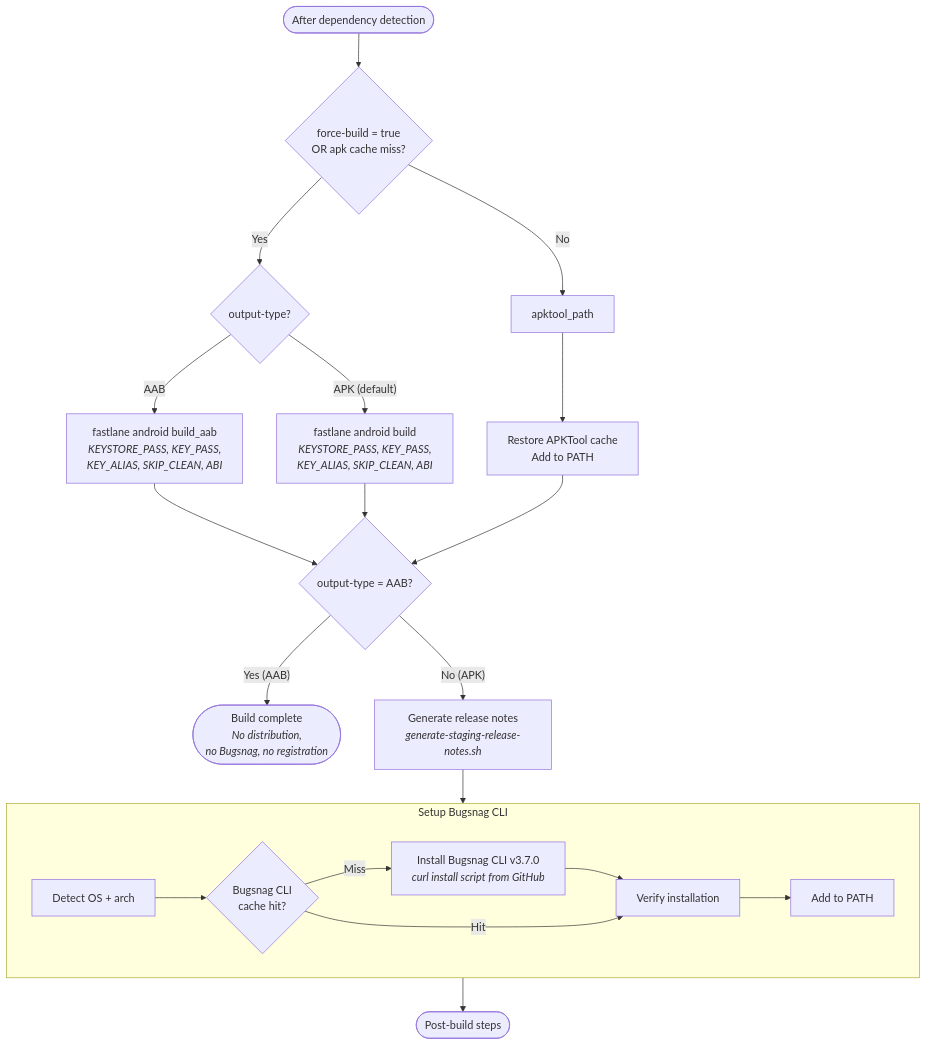
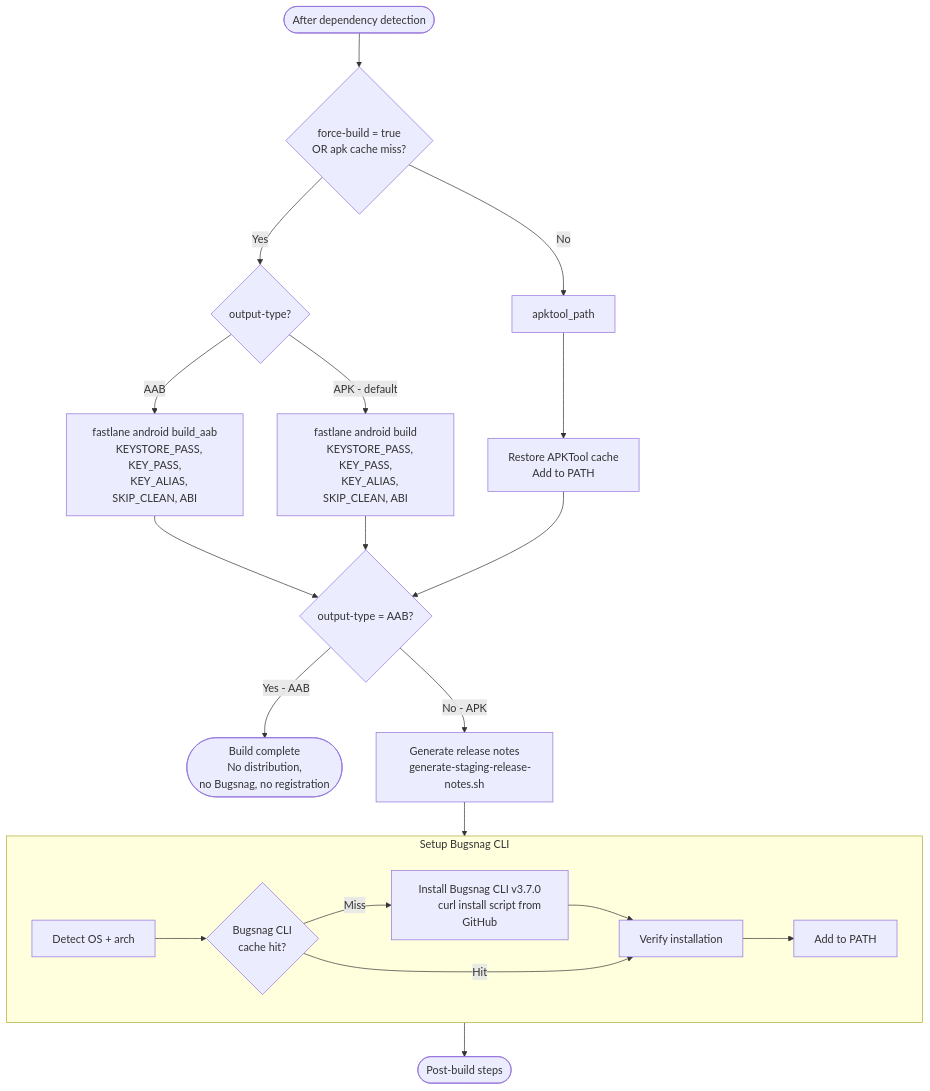
One commit to AtB-AS/mittatb-app changed the third of 6 diagrams in docs/android-build-staging-graph.md. Above: the diagram before and after it, drawn with Mermaid. The commit also changed other lines of this file, not shown here.

Commit message:
update docs android

````diff
--- a/docs/android-build-staging-graph.md
+++ b/docs/android-build-staging-graph.md
@@ -114,40 +153,51 @@
 ```mermaid
 flowchart TD
-    dep_changes([After dependency detection])
+    dep_changes(["After dependency detection"])
 
-    dep_changes --> should_build{force-build = true<br/>OR apk cache miss?}
+    dep_changes --> should_build{"force-build = true
+    OR apk cache miss?"}
 
-    should_build -- Yes --> build_type{output-type?}
+    should_build -- Yes --> build_type{"output-type?"}
     should_build -- No --> apktool_path
 
-    build_type -- AAB --> build_aab[fastlane android build_aab<br/><i>KEYSTORE_PASS, KEY_PASS,<br/>KEY_ALIAS, SKIP_CLEAN, ABI</i>]
-    build_type -- "APK (default)" --> build_apk[fastlane android build<br/><i>KEYSTORE_PASS, KEY_PASS,<br/>KEY_ALIAS, SKIP_CLEAN, ABI</i>]
+    build_type -- AAB --> build_aab["fastlane android build_aab
+    KEYSTORE_PASS, KEY_PASS,
+    KEY_ALIAS, SKIP_CLEAN, ABI"]
+    build_type -- "APK - default" --> build_apk["fastlane android build
+    KEYSTORE_PASS, KEY_PASS,
+    KEY_ALIAS, SKIP_CLEAN, ABI"]
 
-    build_aab --> aab_check{output-type = AAB?}
+    build_aab --> aab_check{"output-type = AAB?"}
     build_apk --> aab_check
 
-    apktool_path --> restore_apktool[Restore APKTool cache<br/>Add to PATH]
+    apktool_path --> restore_apktool["Restore APKTool cache
+    Add to PATH"]
     restore_apktool --> aab_check
 
-    aab_check -- "Yes (AAB)" --> aab_done([Build complete<br/><i>No distribution,<br/>no Bugsnag, no registration</i>])
-    aab_check -- "No (APK)" --> release_notes
+    aab_check -- "Yes - AAB" --> aab_done(["Build complete
+    No distribution,
+    no Bugsnag, no registration"])
+    aab_check -- "No - APK" --> release_notes
 
-    release_notes[Generate release notes<br/><i>generate-staging-release-notes.sh</i>]
+    release_notes["Generate release notes
+    generate-staging-release-notes.sh"]
     release_notes --> bugsnag_setup
 
     subgraph bugsnag_setup ["Setup Bugsnag CLI"]
-        bs_detect[Detect OS + arch]
-        bs_cache{Bugsnag CLI<br/>cache hit?}
-        bs_install[Install Bugsnag CLI v3.7.0<br/><i>curl install script from GitHub</i>]
-        bs_verify[Verify installation]
-        bs_path[Add to PATH]
+        bs_detect["Detect OS + arch"]
+        bs_cache{"Bugsnag CLI
+        cache hit?"}
+        bs_install["Install Bugsnag CLI v3.7.0
+        curl install script from GitHub"]
+        bs_verify["Verify installation"]
+        bs_path["Add to PATH"]
 
         bs_detect --> bs_cache
         bs_cache -- Miss --> bs_install --> bs_verify
         bs_cache -- Hit --> bs_verify
         bs_verify --> bs_path
     end
 
     bugsnag_setup --> post_build
-    post_build([Post-build steps])
+    post_build(["Post-build steps"])
 ```
````
